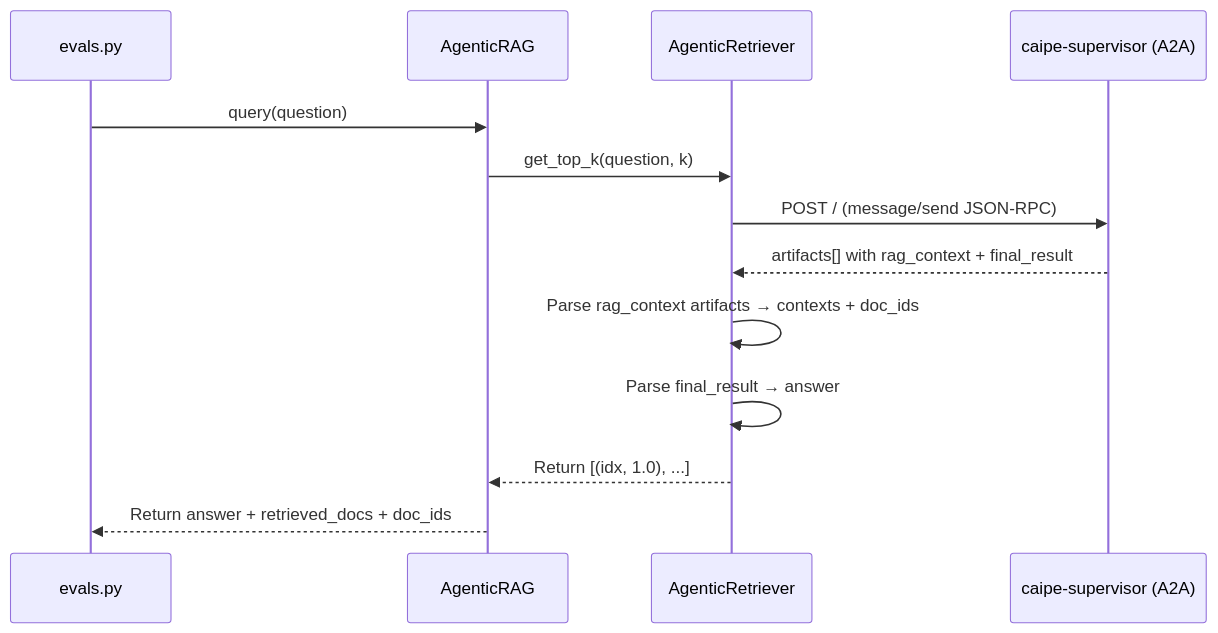
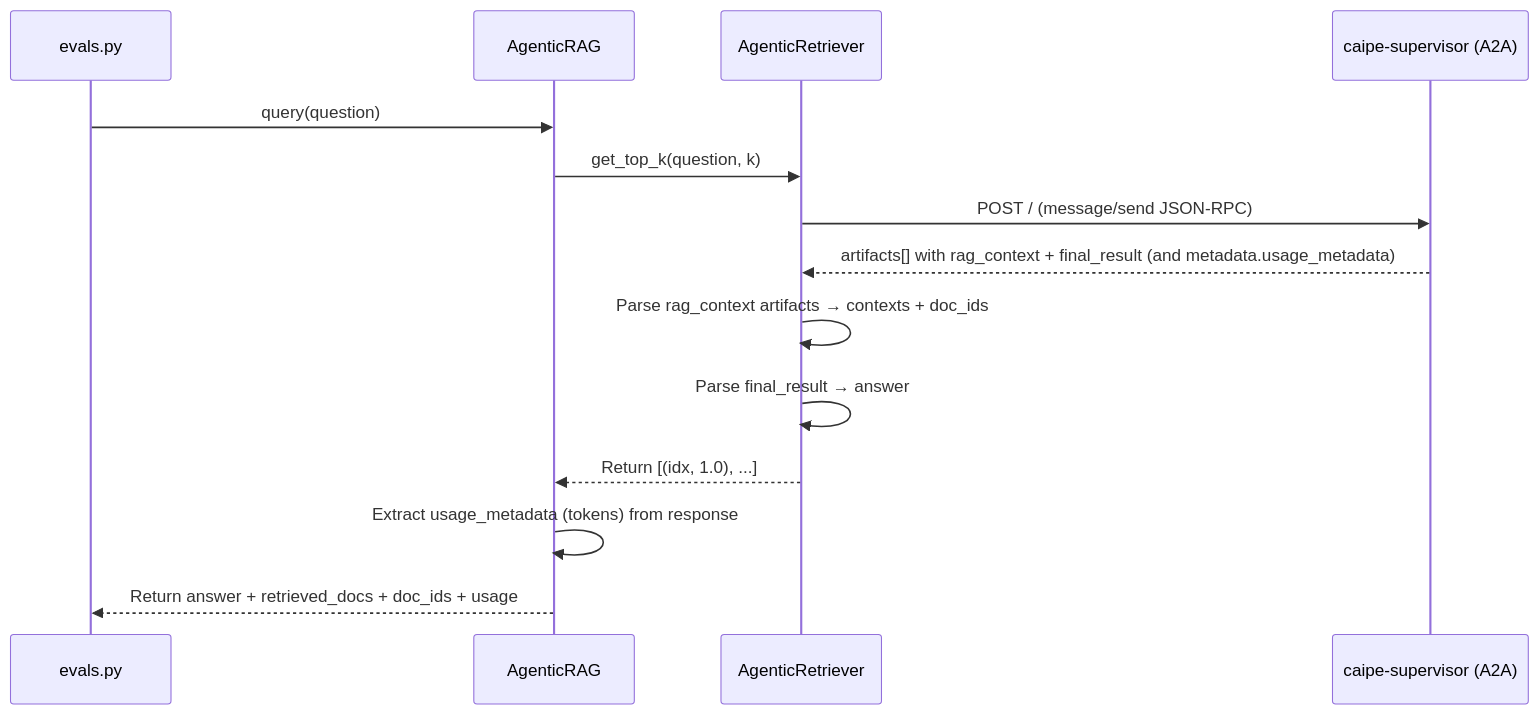
One commit to ucl-2026-comp0111-project2/caipe_ragas_evaluation changed the fourth of 5 diagrams in docs/rag_eval_design_docs.md. Above: the diagram before and after it, drawn with Mermaid. The commit also changed other lines of this file and 1 other file, not shown here.

Commit message:
docs: update metrics and design specifications for agentic token usage
- Update docs/metrics_integration_and_custom_metrics.md with RAG pipeline total tokens, evaluation time, and datasource logging

- Update docs/rag_eval_design_docs.md with agentic token usage collection sequence diagram and metadata tracking

````diff
--- a/docs/rag_eval_design_docs.md
+++ b/docs/rag_eval_design_docs.md
@@ -107,16 +107,17 @@
 ```mermaid
 sequenceDiagram
     participant Eval as evals.py
     participant ARAG as AgenticRAG
     participant AR as AgenticRetriever
     participant Sup as caipe-supervisor (A2A)
 
     Eval->>ARAG: query(question)
     ARAG->>AR: get_top_k(question, k)
     AR->>Sup: POST / (message/send JSON-RPC)
-    Sup-->>AR: artifacts[] with rag_context + final_result
+    Sup-->>AR: artifacts[] with rag_context + final_result (and metadata.usage_metadata)
     AR->>AR: Parse rag_context artifacts → contexts + doc_ids
     AR->>AR: Parse final_result → answer
     AR-->>ARAG: Return [(idx, 1.0), ...]
-    ARAG-->>Eval: Return answer + retrieved_docs + doc_ids
+    ARAG->>ARAG: Extract usage_metadata (tokens) from response
+    ARAG-->>Eval: Return answer + retrieved_docs + doc_ids + usage
 ```
````
